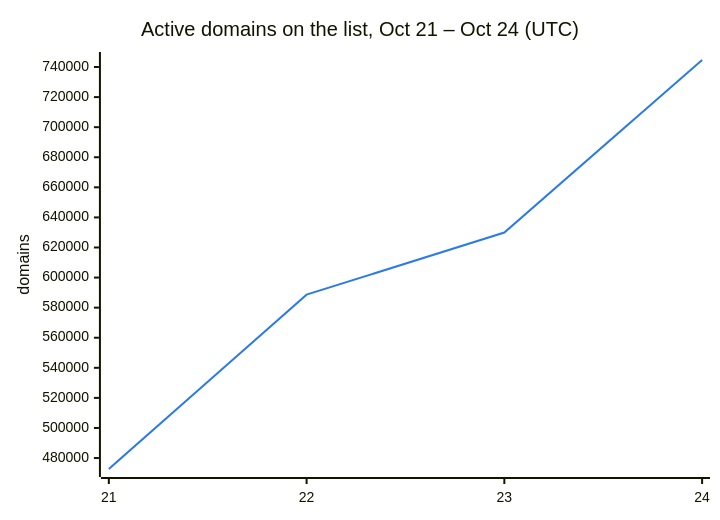
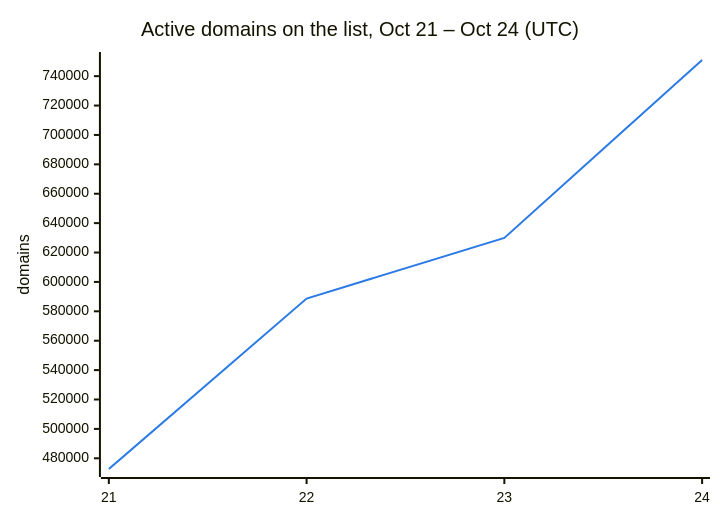
One commit to DNSBunker/CTI changed the second of 3 diagrams in README.md. Above: the diagram before and after it, drawn with Mermaid. The commit also changed other lines of this file and 3 other files, not shown here.

````diff
--- a/README.md
+++ b/README.md
@@ -38,8 +38,8 @@
 ```mermaid
 %%{init: {"themeVariables": {"xyChart": {"plotColorPalette": "#2c7be5"}}}}%%
 xychart-beta
     title "Active domains on the list, Oct 21 – Oct 24 (UTC)"
     x-axis ["21", "22", "23", "24"]
     y-axis "domains"
-    line [472713, 588659, 629951, 744669]
+    line [472713, 588659, 629951, 750993]
 ```
````
